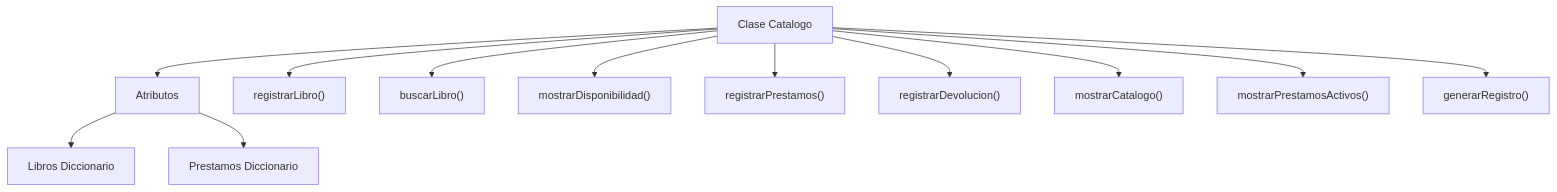
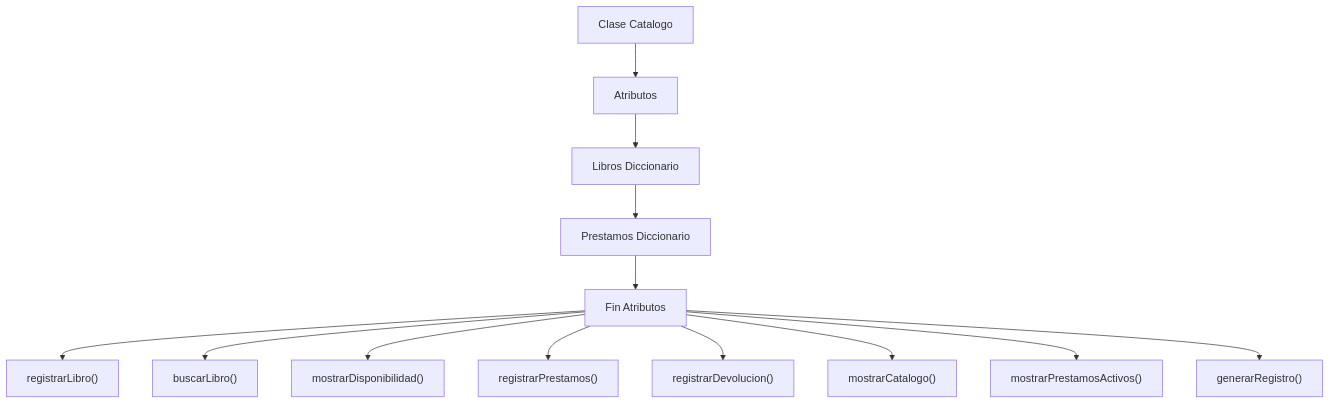
One commit to Chipitor/trabajo-equipo changed the fourth of 12 diagrams in README.md. Above: the diagram before and after it, drawn with Mermaid. The commit also changed other lines of this file, not shown here.

First line of the commit message:
Refactor class diagrams and clean up

````diff
--- a/README.md
+++ b/README.md
@@ -337,19 +313,20 @@
 ```mermaid
 flowchart TD
 
     A[Clase Catalogo]
 
     A --> B[Atributos]
 
     B --> B1[Libros Diccionario]
-    B --> B2[Prestamos Diccionario]
+    B1 --> B2[Prestamos Diccionario]
+	B2 --> C[Fin Atributos]
 
-    A --> C["registrarLibro()"]
-    A --> D["buscarLibro()"]
-    A --> E["mostrarDisponibilidad()"]
-    A --> F["registrarPrestamos()"]
-    A --> G["registrarDevolucion()"]
-    A --> H["mostrarCatalogo()"]
-    A --> I["mostrarPrestamosActivos()"]
-    A --> J["generarRegistro()"]
+    C --> D["registrarLibro()"]
+    C --> E["buscarLibro()"]
+    C --> F["mostrarDisponibilidad()"]
+    C --> G["registrarPrestamos()"]
+    C --> H["registrarDevolucion()"]
+    C --> I["mostrarCatalogo()"]
+    C --> J["mostrarPrestamosActivos()"]
+    C --> K["generarRegistro()"]
 ```
````
